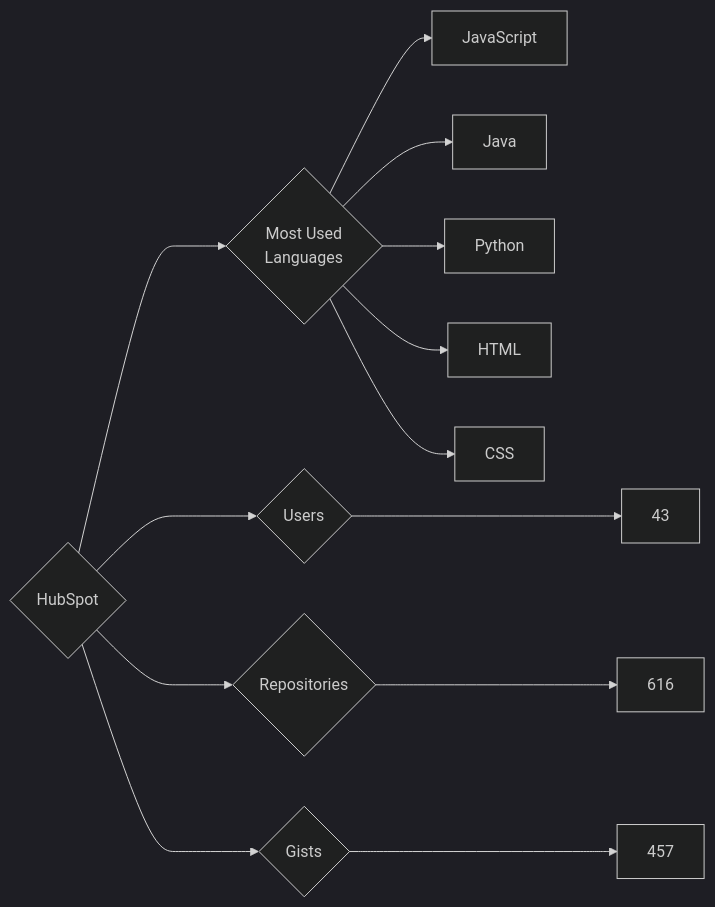
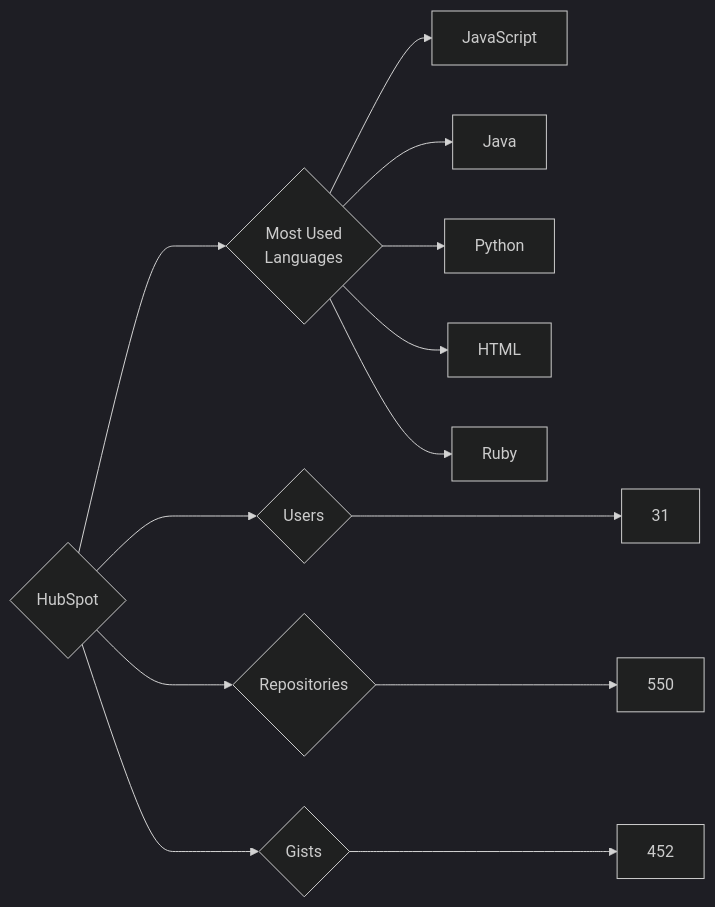
Before and after one commit to trickest/insiders: the diagram in targets/HubSpot/README.md, drawn with Mermaid (dark theme). The commit also changed 916 other files, not shown here.

````diff
--- a/targets/HubSpot/README.md
+++ b/targets/HubSpot/README.md
@@ -3,13 +3,13 @@
 ```mermaid
 graph LR
 COMPANY_NAME{HubSpot}
-COMPANY_NAME ---> U{Users} ---> UN[43]
-COMPANY_NAME ---> R{Repositories} ---> RN[616]
-COMPANY_NAME ---> G{Gists} ---> GN[457]
+COMPANY_NAME ---> U{Users} ---> UN[31]
+COMPANY_NAME ---> R{Repositories} ---> RN[550]
+COMPANY_NAME ---> G{Gists} ---> GN[452]
 COMPANY_NAME ---> ML{Most Used<br>Languages}
 ML --> JavaScript[JavaScript]
 ML --> Java[Java]
 ML --> Python[Python]
 ML --> HTML[HTML]
-ML --> CSS[CSS]
+ML --> Ruby[Ruby]
 ```
````
